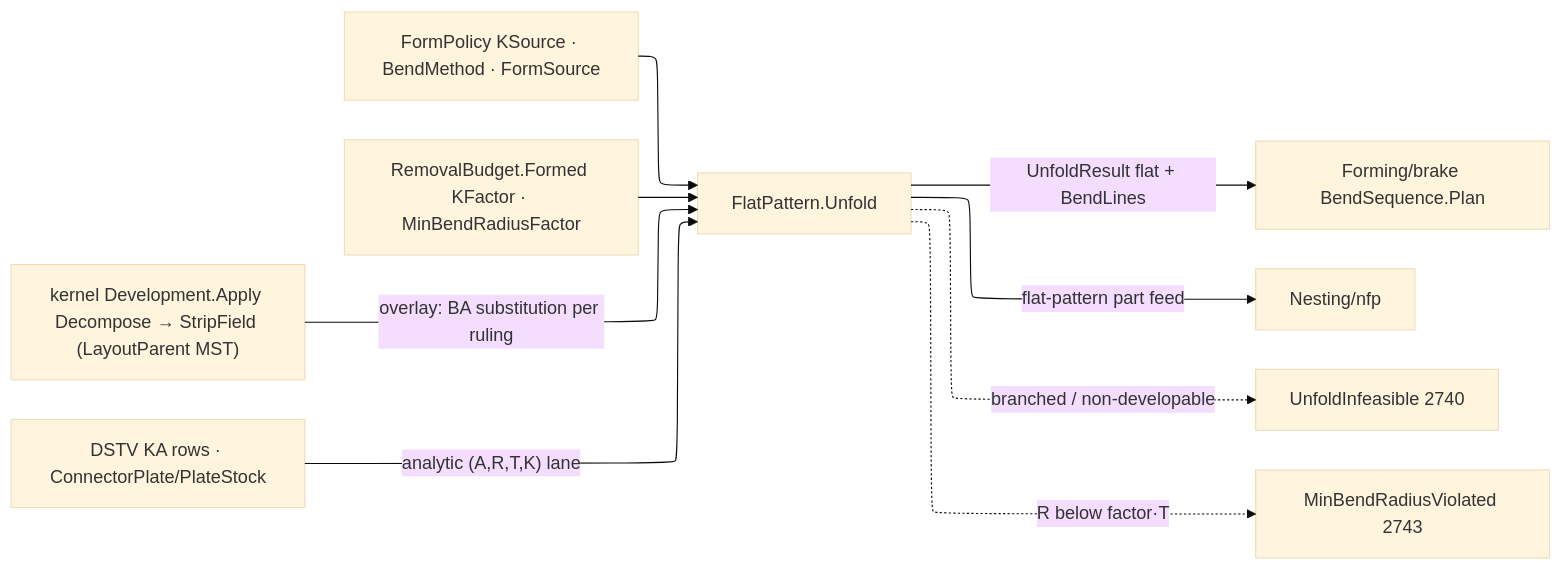
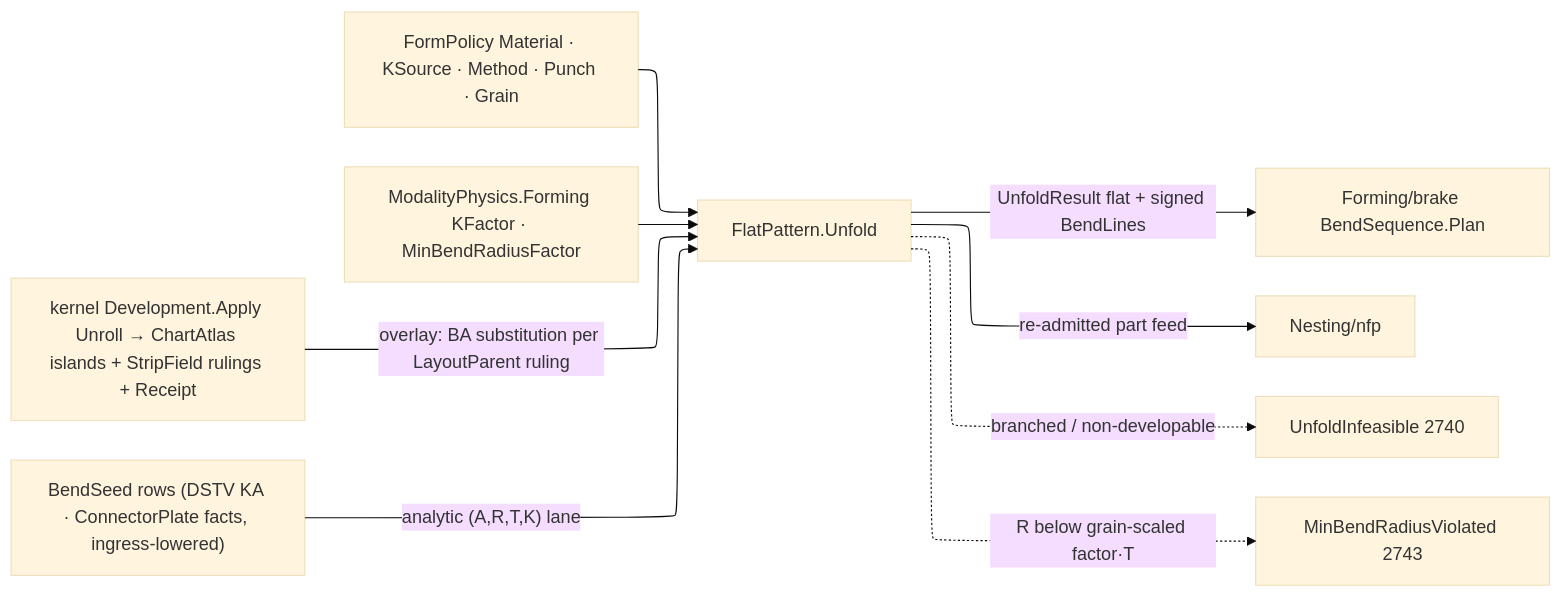
The diagram in libs/csharp/Rasm.Fabrication/.planning/Forming/sheet.md (bsamiee/Rasm), drawn with Mermaid before and after one commit. The commit also changed other lines of this file and 79 other files, not shown here.

````diff
--- a/libs/csharp/Rasm.Fabrication/.planning/Forming/sheet.md
+++ b/libs/csharp/Rasm.Fabrication/.planning/Forming/sheet.md
@@ -193,16 +389,16 @@
 ```mermaid
 ---
 config:
   layout: elk
   theme: base
 ---
 flowchart LR
-    Policy["FormPolicy KSource · BendMethod · FormSource"] --> Unfold["FlatPattern.Unfold"]
-    Mesh["kernel Development.Apply Decompose → StripField (LayoutParent MST)"] -->|"overlay: BA substitution per ruling"| Unfold
-    Profile["DSTV KA rows · ConnectorPlate/PlateStock"] -->|"analytic (A,R,T,K) lane"| Unfold
-    Physics["RemovalBudget.Formed KFactor · MinBendRadiusFactor"] --> Unfold
-    Unfold -->|"UnfoldResult flat + BendLines"| Brake["Forming/brake BendSequence.Plan"]
-    Unfold -->|flat-pattern part feed| Nfp["Nesting/nfp"]
+    Policy["FormPolicy Material · KSource · Method · Punch · Grain"] --> Unfold["FlatPattern.Unfold"]
+    Surface["kernel Development.Apply Unroll → ChartAtlas islands + StripField rulings + Receipt"] -->|"overlay: BA substitution per LayoutParent ruling"| Unfold
+    Seeds["BendSeed rows (DSTV KA · ConnectorPlate facts, ingress-lowered)"] -->|"analytic (A,R,T,K) lane"| Unfold
+    Physics["ModalityPhysics.Forming KFactor · MinBendRadiusFactor"] --> Unfold
+    Unfold -->|"UnfoldResult flat + signed BendLines"| Brake["Forming/brake BendSequence.Plan"]
+    Unfold -->|re-admitted part feed| Nfp["Nesting/nfp"]
     Unfold -.->|branched / non-developable| F2740["UnfoldInfeasible 2740"]
-    Unfold -.->|R below factor·T| F2743["MinBendRadiusViolated 2743"]
+    Unfold -.->|"R below grain-scaled factor·T"| F2743["MinBendRadiusViolated 2743"]
 ```
````
